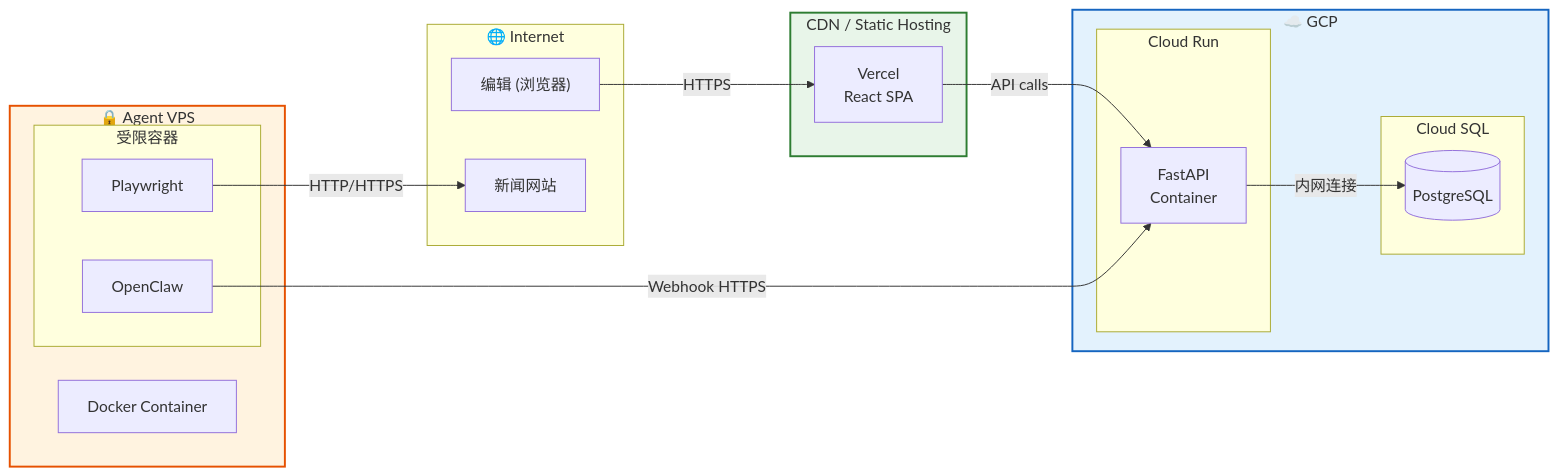
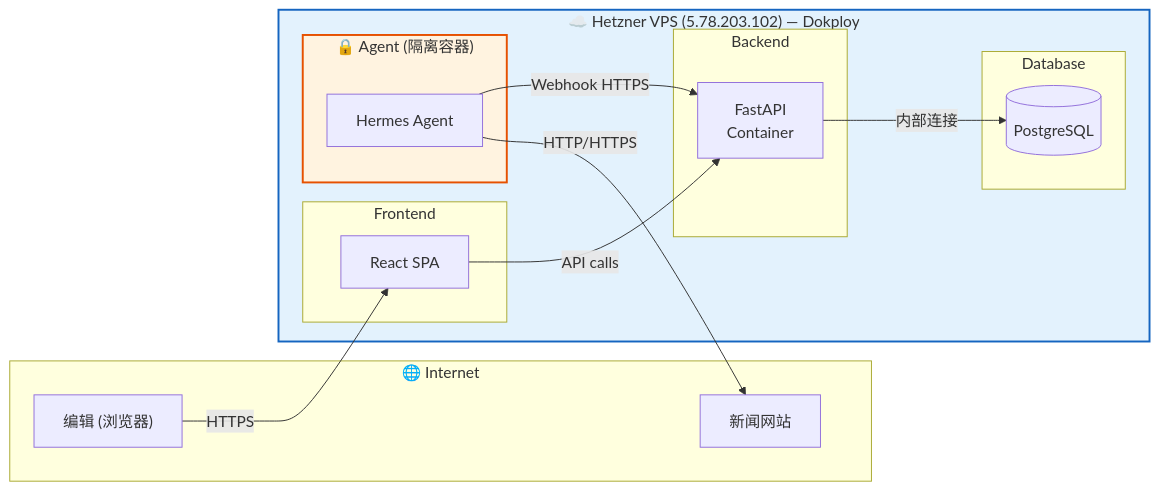
Before and after one commit to Guitang0414/Tiffany-Z-Intern-2026: the fifth of 6 diagrams in docs/architecture.md, drawn with Mermaid. The commit also changed other lines of this file and 5 other files, not shown here.

First line of the commit message:
update tech stack to Hermes Agent + Hetzner/Dokploy, add internship plan and CLAUDE.md

````diff
--- a/docs/architecture.md
+++ b/docs/architecture.md
@@ -223,38 +221,31 @@
 ```mermaid
 graph LR
     subgraph internet["🌐 Internet"]
         Editor["编辑 (浏览器)"]
         NewsWeb["新闻网站"]
     end
 
-    subgraph cdn["CDN / Static Hosting"]
-        Vercel["Vercel<br/>React SPA"]
+    subgraph hetzner["☁️ Hetzner VPS (5.78.203.102) — Dokploy"]
+        subgraph frontend_deploy["Frontend"]
+            ReactSPA["React SPA"]
+        end
+        subgraph backend_deploy["Backend"]
+            FastAPI["FastAPI<br/>Container"]
+        end
+        subgraph db_deploy["Database"]
+            PG[("PostgreSQL")]
+        end
+        subgraph agent_deploy["🔒 Agent (隔离容器)"]
+            Agent["Hermes Agent"]
+        end
+        FastAPI -->|"内部连接"| PG
     end
 
-    subgraph gcp["☁️ GCP"]
-        subgraph cloudrun["Cloud Run"]
-            FastAPI["FastAPI<br/>Container"]
-        end
-        subgraph cloudsql["Cloud SQL"]
-            PG[("PostgreSQL")]
-        end
-        FastAPI -->|"内网连接"| PG
-    end
+    Editor -->|"HTTPS"| ReactSPA
+    ReactSPA -->|"API calls"| FastAPI
+    Agent -->|"Webhook HTTPS"| FastAPI
+    Agent -->|"HTTP/HTTPS"| NewsWeb
 
-    subgraph sandbox["🔒 Agent VPS"]
-        Docker["Docker Container"]
-        subgraph container["受限容器"]
-            Agent["OpenClaw"]
-            Browser["Playwright"]
-        end
-    end
-
-    Editor -->|"HTTPS"| Vercel
-    Vercel -->|"API calls"| FastAPI
-    Agent -->|"Webhook HTTPS"| FastAPI
-    Browser -->|"HTTP/HTTPS"| NewsWeb
-
-    style sandbox fill:#fff3e0,stroke:#e65100,stroke-width:2px
-    style gcp fill:#e3f2fd,stroke:#1565c0,stroke-width:2px
-    style cdn fill:#e8f5e9,stroke:#2e7d32,stroke-width:2px
+    style hetzner fill:#e3f2fd,stroke:#1565c0,stroke-width:2px
+    style agent_deploy fill:#fff3e0,stroke:#e65100,stroke-width:2px
 ```
````
